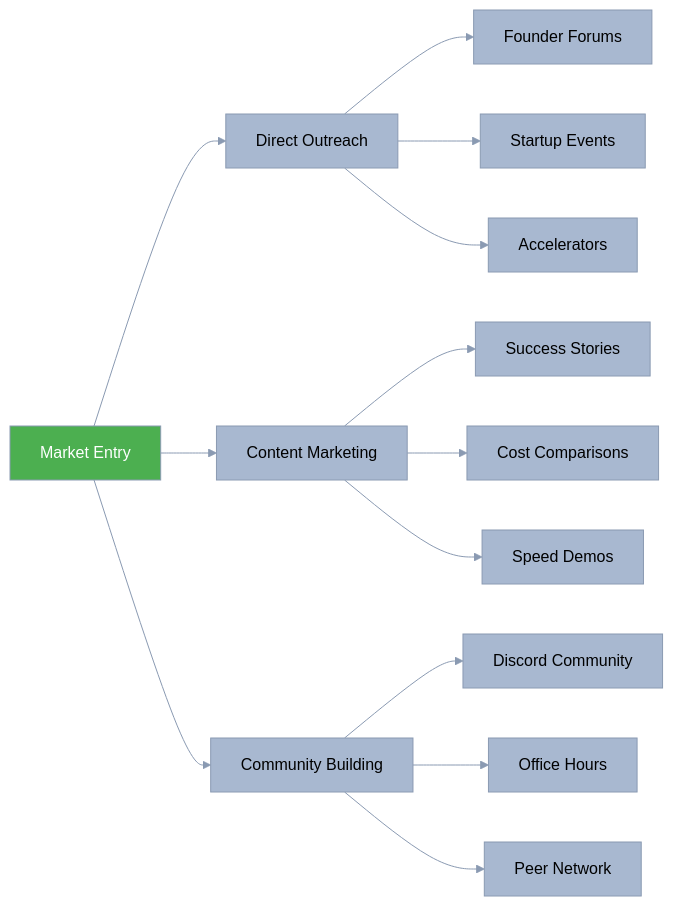
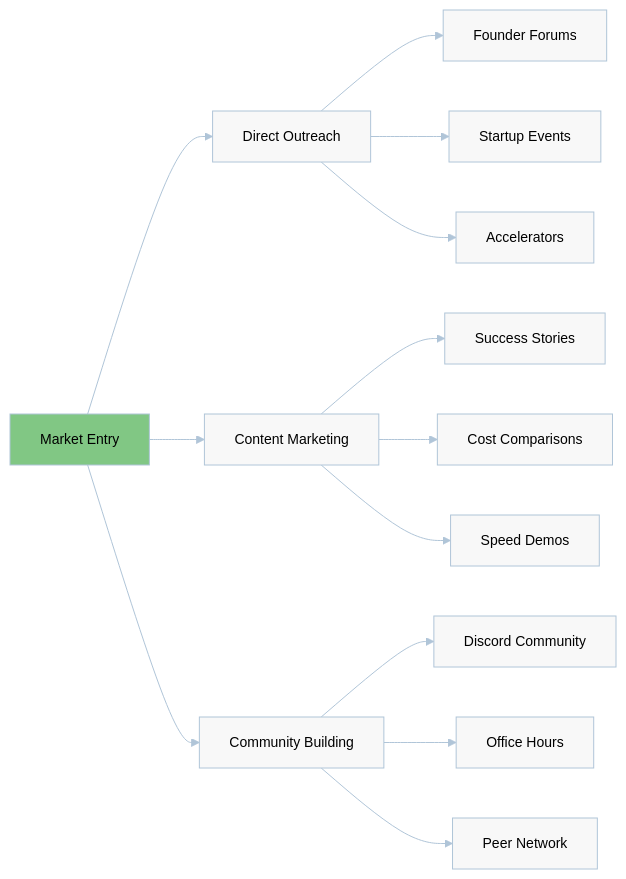
One commit to o2alexanderfedin/AI-Hive-Business-Docs changed the second of 18 diagrams in business-documents/competitive-positioning/06-go-to-market-positioning.md. Above: the diagram before and after it, drawn with Mermaid. The commit also changed other lines of this file, not shown here.

First line of the commit message:
Update go-to-market positioning diagrams to lighter color scheme

````diff
--- a/business-documents/competitive-positioning/06-go-to-market-positioning.md
+++ b/business-documents/competitive-positioning/06-go-to-market-positioning.md
@@ -81,32 +87,38 @@
 ```mermaid
 %%{init: {
   'theme': 'base',
   'themeVariables': {
-    'primaryColor': '#A8B8D0',
+    'primaryColor': '#E0E8F0',
     'primaryTextColor': '#000000',
-    'primaryBorderColor': '#8A9AB2',
-    'lineColor': '#8A9AB2',
-    'secondaryColor': '#5DBCB6',
-    'tertiaryColor': '#84D4F5',
-    'background': '#F5F5F5'
+    'primaryBorderColor': '#B0C5D8',
+    'lineColor': '#B0C5D8',
+    'secondaryColor': '#D5E8E0',
+    'tertiaryColor': '#E0F0F8',
+    'background': '#FFFFFF',
+    'mainBkg': '#F8F8F8',
+    'secondBkg': '#F0F0F0',
+    'darkMode': false,
+    'fontFamily': 'Arial, sans-serif',
+    'fontSize': '14px',
+    'textColor': '#000000'
   }
 }}%%
 graph LR
     A[Market Entry] --> B[Direct Outreach]
     A --> C[Content Marketing]
     A --> D[Community Building]
 
     B --> B1[Founder Forums]
     B --> B2[Startup Events]
     B --> B3[Accelerators]
 
     C --> C1[Success Stories]
     C --> C2[Cost Comparisons]
     C --> C3[Speed Demos]
 
     D --> D1[Discord Community]
     D --> D2[Office Hours]
     D --> D3[Peer Network]
 
-    style A fill:#4CAF50,color:#fff
+    style A fill:#81C784,color:#000000
 ```
````
